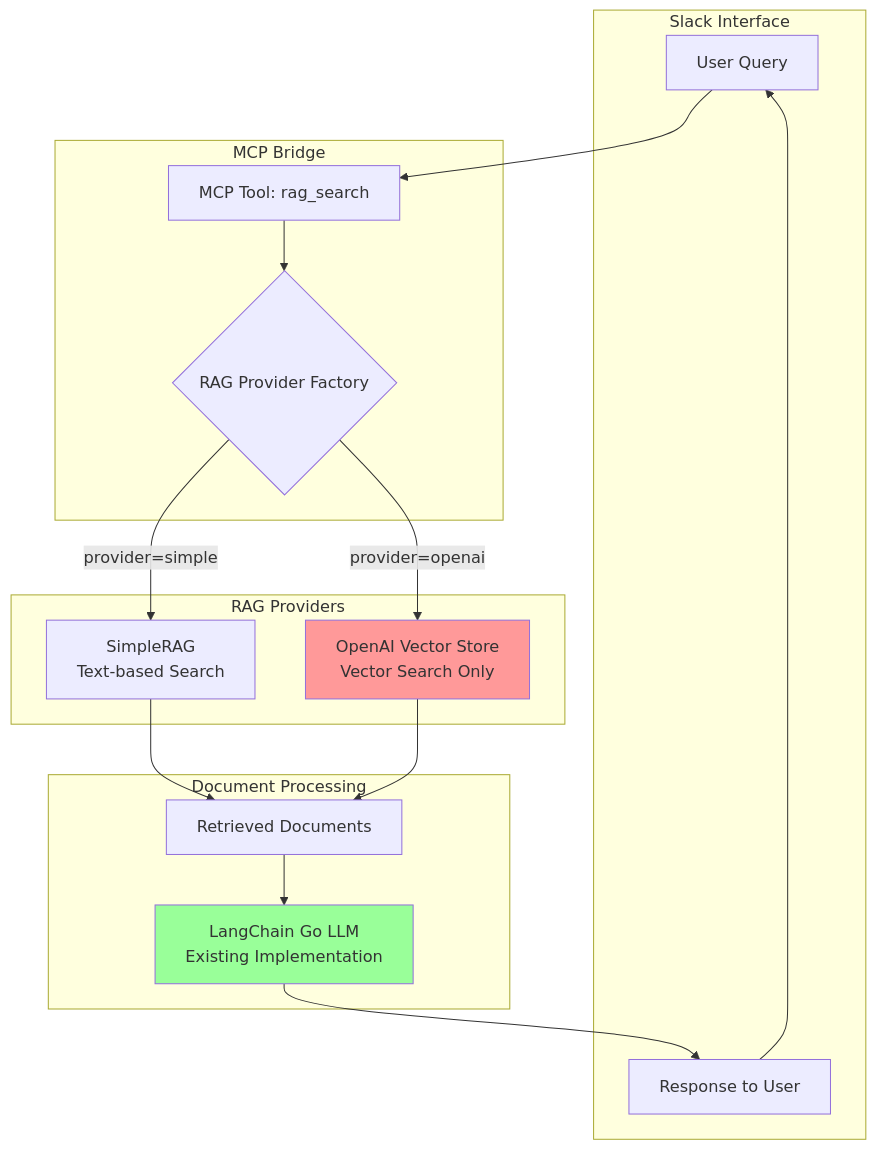
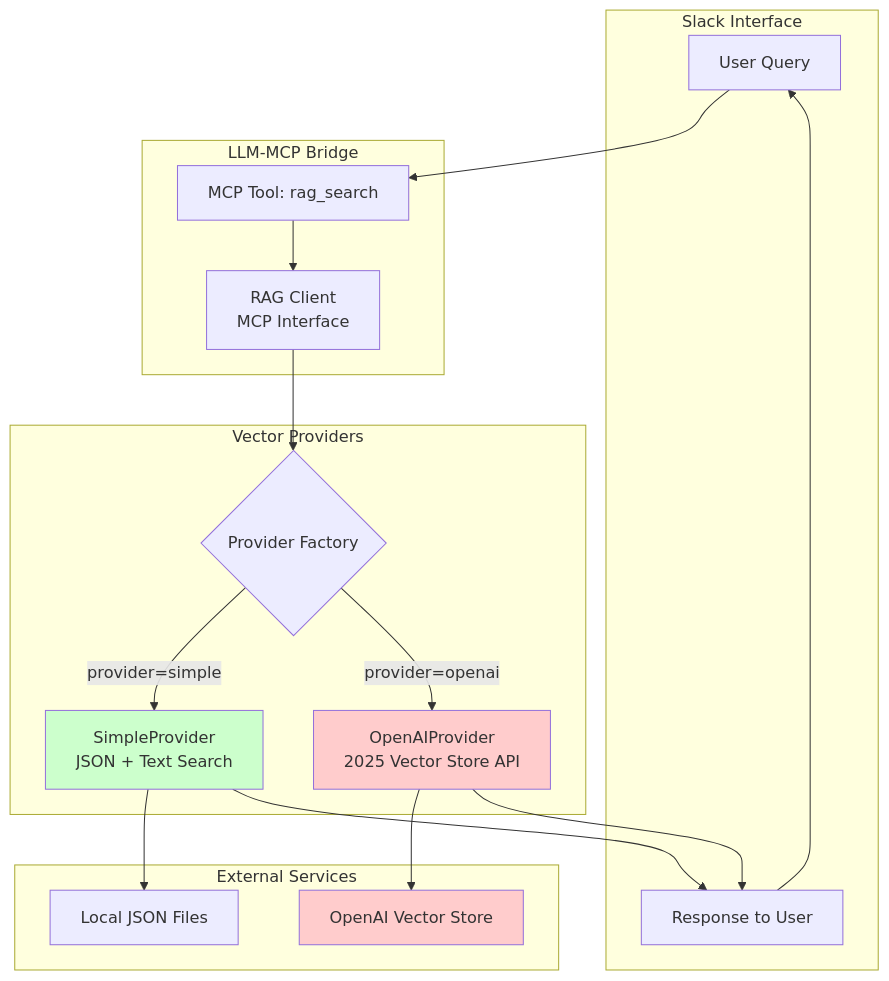
Before and after one commit to tuannvm/slack-mcp-client: the first of 4 diagrams in docs/rag-openai.md, drawn with Mermaid. The commit also changed other lines of this file and 1 other file, not shown here.

Commit message:
docs(rag-json): update RAG implementation details and simplify

````diff
--- a/docs/rag-openai.md
+++ b/docs/rag-openai.md
@@ -186,35 +179,38 @@
 ```mermaid
 flowchart TB
     subgraph Slack["Slack Interface"]
         User[User Query]
         Response[Response to User]
     end
     
-    subgraph MCP["MCP Bridge"]
+    subgraph Bridge["LLM-MCP Bridge"]
         MCPTool[MCP Tool: rag_search]
-        RAGFactory{RAG Provider Factory}
+        RAGClient[RAG Client<br/>MCP Interface]
     end
     
-    subgraph Providers["RAG Providers"]
-        SimpleRAG[SimpleRAG<br/>Text-based Search]
-        OpenAIVS[OpenAI Vector Store<br/>Vector Search Only]
+    subgraph Providers["Vector Providers"]
+        Factory{Provider Factory}
+        SimpleP[SimpleProvider<br/>JSON + Text Search]
+        OpenAIP[OpenAIProvider<br/>2025 Vector Store API]
     end
     
-    subgraph Processing["Document Processing"]
-        Docs[Retrieved Documents]
-        LangChain[LangChain Go LLM<br/>Existing Implementation]
+    subgraph External["External Services"]
+        OAIVS[OpenAI Vector Store]
+        LocalFS[Local JSON Files]
     end
     
     User --> MCPTool
-    MCPTool --> RAGFactory
-    RAGFactory -->|provider=simple| SimpleRAG
-    RAGFactory -->|provider=openai| OpenAIVS
-    SimpleRAG --> Docs
-    OpenAIVS --> Docs
-    Docs --> LangChain
-    LangChain --> Response
+    MCPTool --> RAGClient
+    RAGClient --> Factory
+    Factory -->|provider=simple| SimpleP
+    Factory -->|provider=openai| OpenAIP
+    SimpleP --> LocalFS
+    OpenAIP --> OAIVS
+    SimpleP --> Response
+    OpenAIP --> Response
     Response --> User
     
-    style OpenAIVS fill:#ff9999
-    style LangChain fill:#99ff99
+    style OpenAIP fill:#ffcccc
+    style OAIVS fill:#ffcccc
+    style SimpleP fill:#ccffcc
 ```
````
